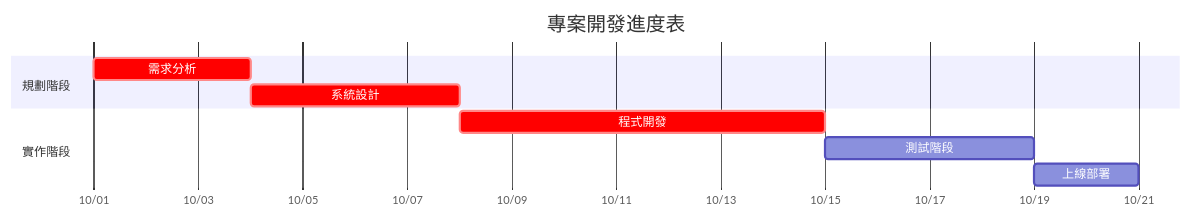
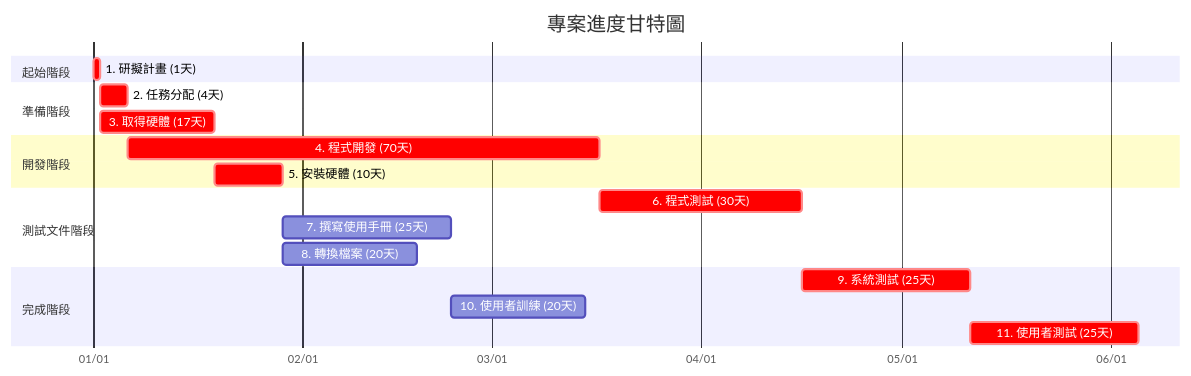
Before and after one commit to c112118202-droid/C112118202: the second of 3 diagrams in hw2.md, drawn with Mermaid. The commit also changed other lines of this file, not shown here.

````diff
--- a/hw2.md
+++ b/hw2.md
@@ -19,15 +28,27 @@
 ```mermaid
 gantt
-    title 專案開發進度表
+    title 專案進度甘特圖
     dateFormat YYYY-MM-DD
     axisFormat %m/%d
     
-    section 規劃階段
-    需求分析 :crit, a1, 2025-10-01, 3d
-    系統設計 :crit, a2, after a1, 4d
+    section 起始階段
+    1. 研擬計畫 (1天)     :crit, m1, 2025-01-01, 1d
     
-    section 實作階段
-    程式開發 :crit, a3, after a2, 7d
-    測試階段 :a4, after a3, 4d
-    上線部署 :a5, after a4, 2d
+    section 準備階段
+    2. 任務分配 (4天)     :crit, m2, after m1, 4d
+    3. 取得硬體 (17天)    :crit, m3, after m1, 17d
+    
+    section 開發階段
+    4. 程式開發 (70天)    :crit, m4, after m2, 70d
+    5. 安裝硬體 (10天)    :crit, m5, after m3, 10d
+    
+    section 測試文件階段
+    6. 程式測試 (30天)    :crit, m6, after m4, 30d
+    7. 撰寫使用手冊 (25天) :m7, after m5, 25d
+    8. 轉換檔案 (20天)     :m8, after m5, 20d
+    
+    section 完成階段
+    9. 系統測試 (25天)    :crit, m9, after m6, 25d
+    10. 使用者訓練 (20天)  :m10, after m7 m8, 20d
+    11. 使用者測試 (25天)  :crit, m11, after m9 m10, 25d
 ```
````
